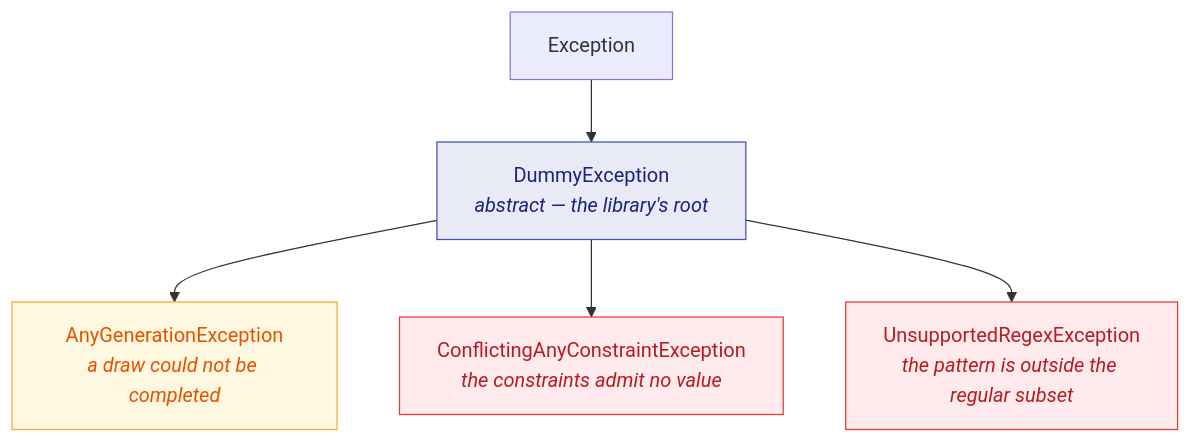
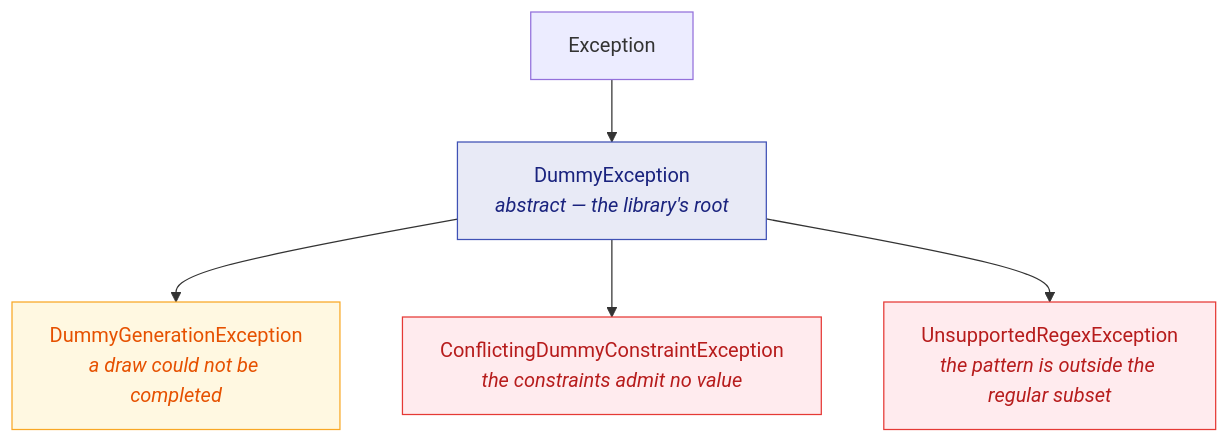
The diagram in doc/handwritten/for-users/guides/errors-and-conflicts.en.md (Reefact/just-dummies), drawn with Mermaid before and after one commit. The commit also changed other lines of this file and 755 other files, not shown here.

````diff
--- a/doc/handwritten/for-users/guides/errors-and-conflicts.en.md
+++ b/doc/handwritten/for-users/guides/errors-and-conflicts.en.md
@@ -12,13 +12,13 @@
 ```mermaid
 flowchart TD
     accTitle: The library's exception hierarchy
-    accDescr: DummyException is abstract and derives from Exception. Three concrete types derive from it. AnyGenerationException, when a draw could not be completed. ConflictingAnyConstraintException, when the constraints admit no value. UnsupportedRegexException, when the pattern falls outside the regular subset.
+    accDescr: DummyException is abstract and derives from Exception. Three concrete types derive from it. DummyGenerationException, when a draw could not be completed. ConflictingDummyConstraintException, when the constraints admit no value. UnsupportedRegexException, when the pattern falls outside the regular subset.
     E["Exception"] --> D["DummyException<br/><i>abstract — the library's root</i>"]
-    D --> A["AnyGenerationException<br/><i>a draw could not be completed</i>"]
-    D --> C["ConflictingAnyConstraintException<br/><i>the constraints admit no value</i>"]
+    D --> A["DummyGenerationException<br/><i>a draw could not be completed</i>"]
+    D --> C["ConflictingDummyConstraintException<br/><i>the constraints admit no value</i>"]
     D --> U["UnsupportedRegexException<br/><i>the pattern is outside the regular subset</i>"]
     style D fill:#e8eaf6,stroke:#3f51b5,color:#1a237e
     style A fill:#fff8e1,stroke:#f9a825,color:#e65100
     style C fill:#ffebee,stroke:#e53935,color:#b71c1c
     style U fill:#ffebee,stroke:#e53935,color:#b71c1c
 ```
````
